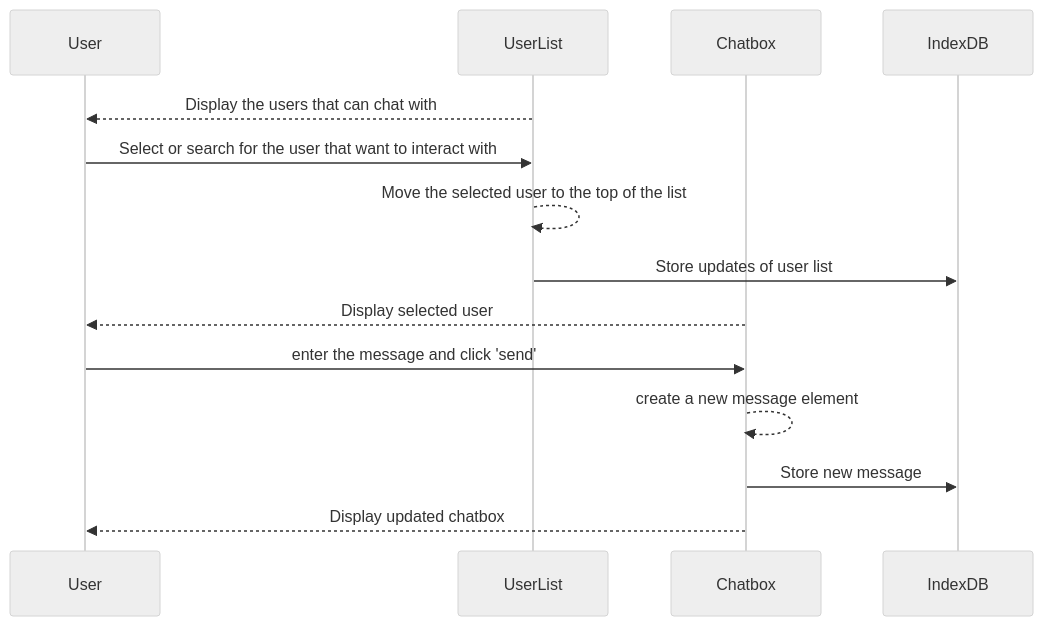
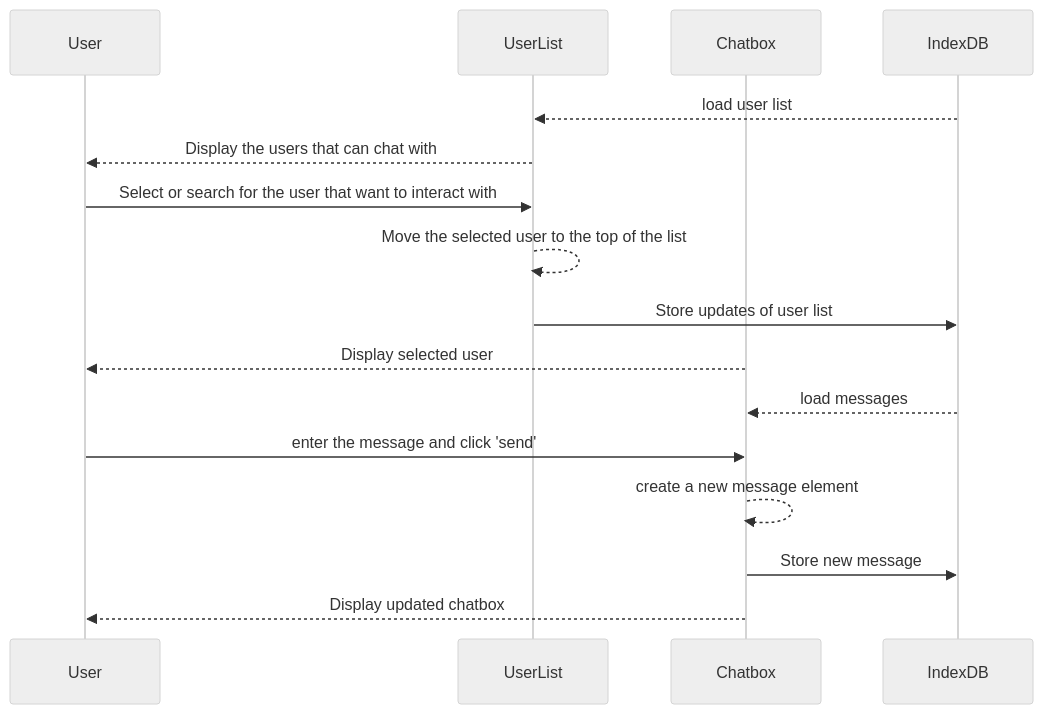
Before and after one commit to ginpks/TRANSPORTATION: the diagram in team/m3/sammie-yu/feature-sequence-diagram.md, drawn with Mermaid (neutral theme).

````diff
--- a/team/m3/sammie-yu/feature-sequence-diagram.md
+++ b/team/m3/sammie-yu/feature-sequence-diagram.md
@@ -4,18 +4,20 @@
 ```mermaid
 sequenceDiagram
     participant User
     participant UserList
     participant Chatbox
     participant IndexDB
 
+    IndexDB -->> UserList: load user list
     UserList -->> User: Display the users that can chat with 
     User ->> UserList: Select or search for the user that want to interact with
     UserList -->> UserList: Move the selected user to the top of the list
     UserList ->> IndexDB: Store updates of user list
     Chatbox -->> User: Display selected user
+    IndexDB -->> Chatbox: load messages
     User ->> Chatbox: enter the message and click 'send'
     Chatbox -->> Chatbox: create a new message element
     Chatbox ->> IndexDB: Store new message 
     Chatbox -->> User: Display updated chatbox
     
 ```
````
